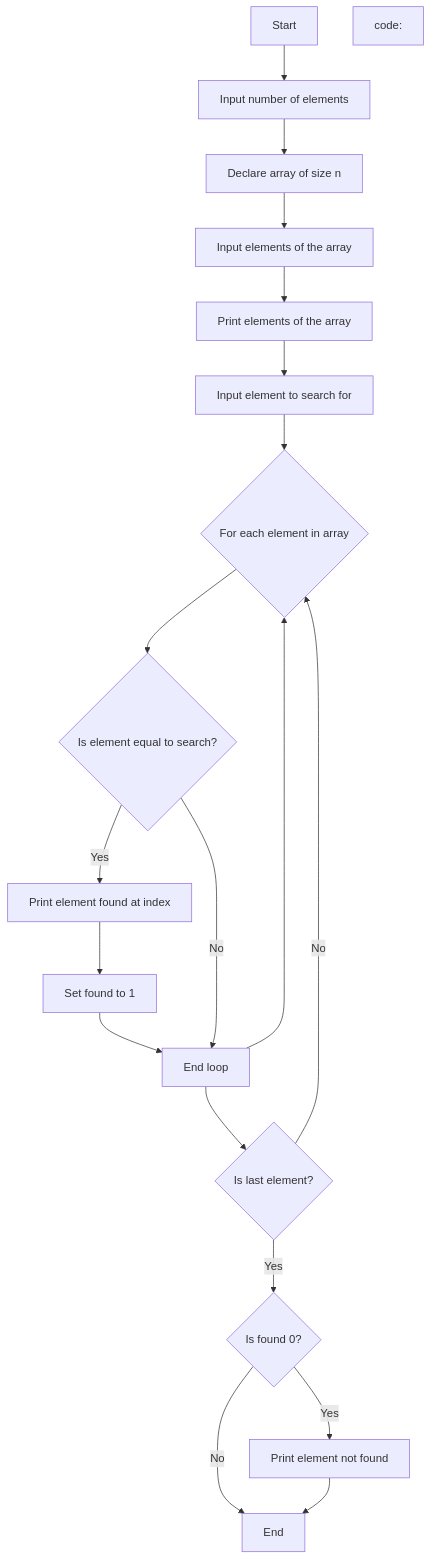
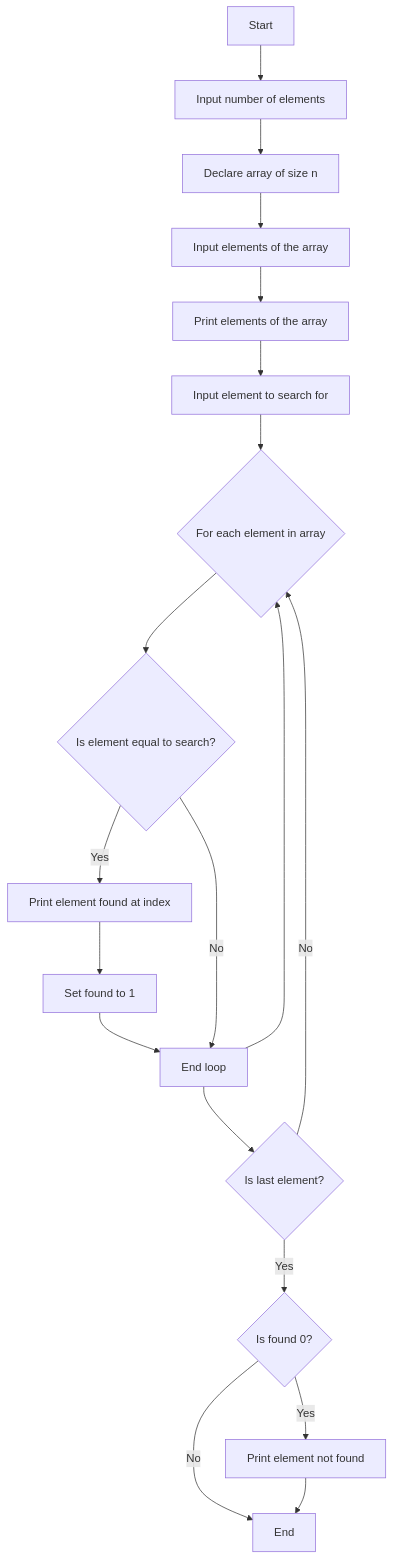
One commit to P7XCKD/NF changed the diagram in Notes Factory/Semister 3/DS/practical/p1.md. Above: the diagram before and after it, drawn with Mermaid.

Commit message:
create/update 'p1.md' file

````diff
--- a/Notes Factory/Semister 3/DS/practical/p1.md
+++ b/Notes Factory/Semister 3/DS/practical/p1.md
@@ -3,23 +3,23 @@
 ```mermaid
 flowchart TD
     A[Start] --> B[Input number of elements]
     B --> C[Declare array of size n]
     C --> D[Input elements of the array]
     D --> E[Print elements of the array]
     E --> F[Input element to search for]
     F --> G{For each element in array}
     G --> H{Is element equal to search?}
     H -->|Yes| I[Print element found at index]
     I --> J[Set found to 1]
     J --> K[End loop]
     K --> L{Is last element?}
     L -->|No| G
     H -->|No| K
     L -->|Yes| M{Is found 0?}
     M -->|Yes| N[Print element not found]
     M -->|No| O[End]
     N --> O
     K --> G
     O[End]
-code:
+
 ```
````
